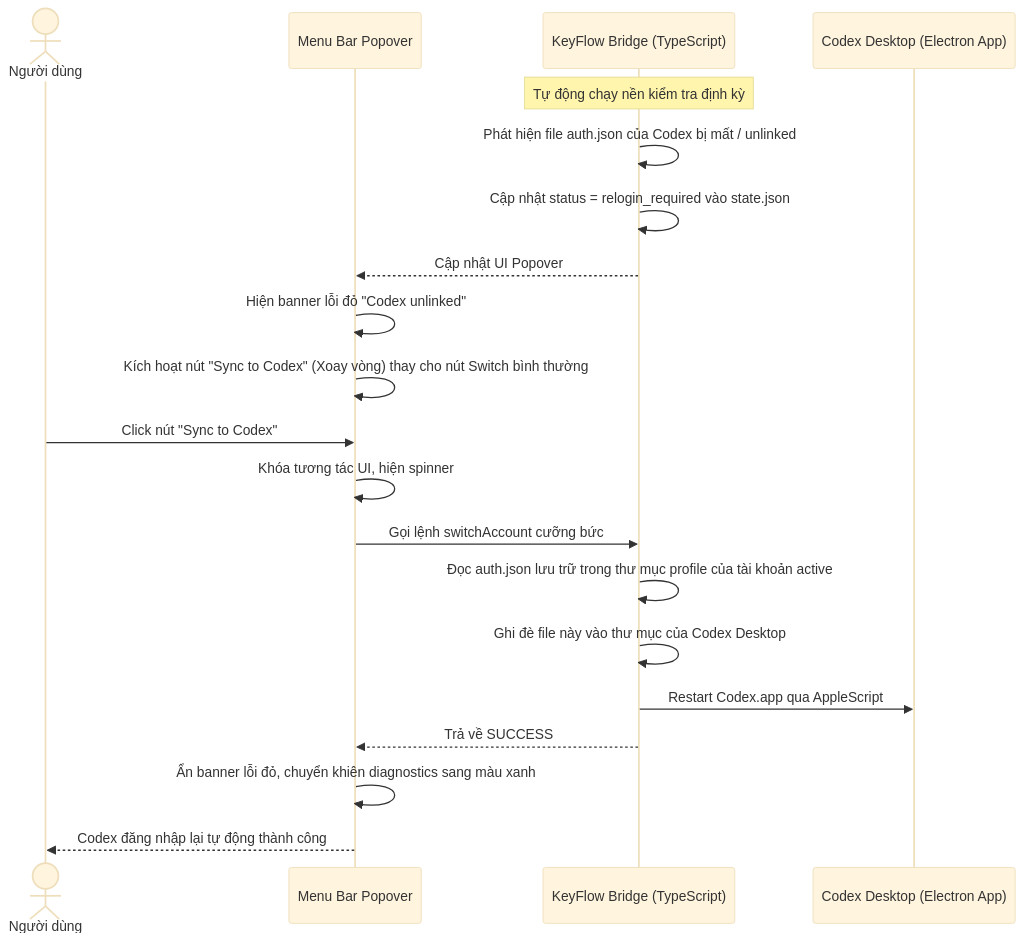
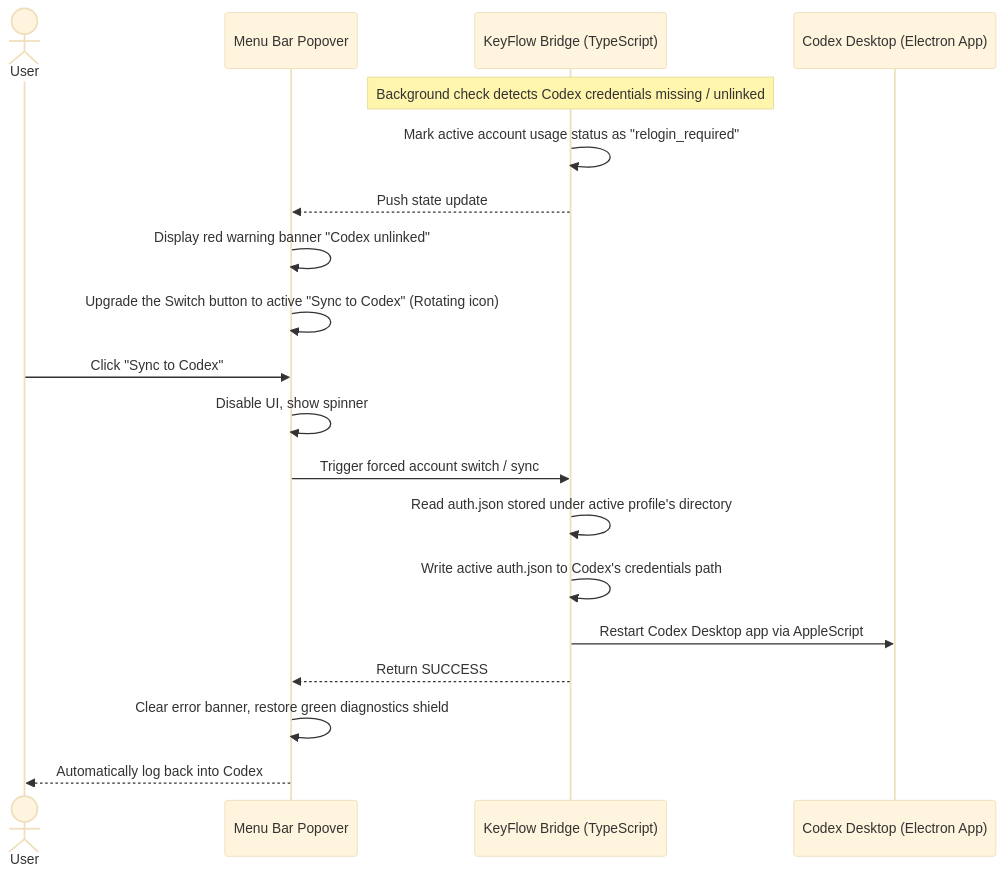
One commit to hbui290/keyflow changed the third of 5 diagrams in USERFLOW.md. Above: the diagram before and after it, drawn with Mermaid (base theme). The commit also changed other lines of this file and 2 other files, not shown here.

````diff
--- a/USERFLOW.md
+++ b/USERFLOW.md
@@ -74,24 +74,23 @@
 ```mermaid
 sequenceDiagram
-    actor User as Người dùng
+    actor User as User
     participant Pop as Menu Bar Popover
     participant CLI as KeyFlow Bridge (TypeScript)
     participant Codex as Codex Desktop (Electron App)
 
-    Note over CLI: Tự động chạy nền kiểm tra định kỳ
-    CLI->>CLI: Phát hiện file auth.json của Codex bị mất / unlinked
-    CLI->>CLI: Cập nhật status = relogin_required vào state.json
-    CLI-->>Pop: Cập nhật UI Popover
-    Pop->>Pop: Hiện banner lỗi đỏ "Codex unlinked"
-    Pop->>Pop: Kích hoạt nút "Sync to Codex" (Xoay vòng) thay cho nút Switch bình thường
+    Note over CLI: Background check detects Codex credentials missing / unlinked
+    CLI->>CLI: Mark active account usage status as "relogin_required"
+    CLI-->>Pop: Push state update
+    Pop->>Pop: Display red warning banner "Codex unlinked"
+    Pop->>Pop: Upgrade the Switch button to active "Sync to Codex" (Rotating icon)
     
-    User->>Pop: Click nút "Sync to Codex"
-    Pop->>Pop: Khóa tương tác UI, hiện spinner
-    Pop->>CLI: Gọi lệnh switchAccount cưỡng bức
-    CLI->>CLI: Đọc auth.json lưu trữ trong thư mục profile của tài khoản active
-    CLI->>CLI: Ghi đè file này vào thư mục của Codex Desktop
-    CLI->>Codex: Restart Codex.app qua AppleScript
-    CLI-->>Pop: Trả về SUCCESS
-    Pop->>Pop: Ẩn banner lỗi đỏ, chuyển khiên diagnostics sang màu xanh
-    Pop-->>User: Codex đăng nhập lại tự động thành công
+    User->>Pop: Click "Sync to Codex"
+    Pop->>Pop: Disable UI, show spinner
+    Pop->>CLI: Trigger forced account switch / sync
+    CLI->>CLI: Read auth.json stored under active profile's directory
+    CLI->>CLI: Write active auth.json to Codex's credentials path
+    CLI->>Codex: Restart Codex Desktop app via AppleScript
+    CLI-->>Pop: Return SUCCESS
+    Pop->>Pop: Clear error banner, restore green diagnostics shield
+    Pop-->>User: Automatically log back into Codex
 ```
````
